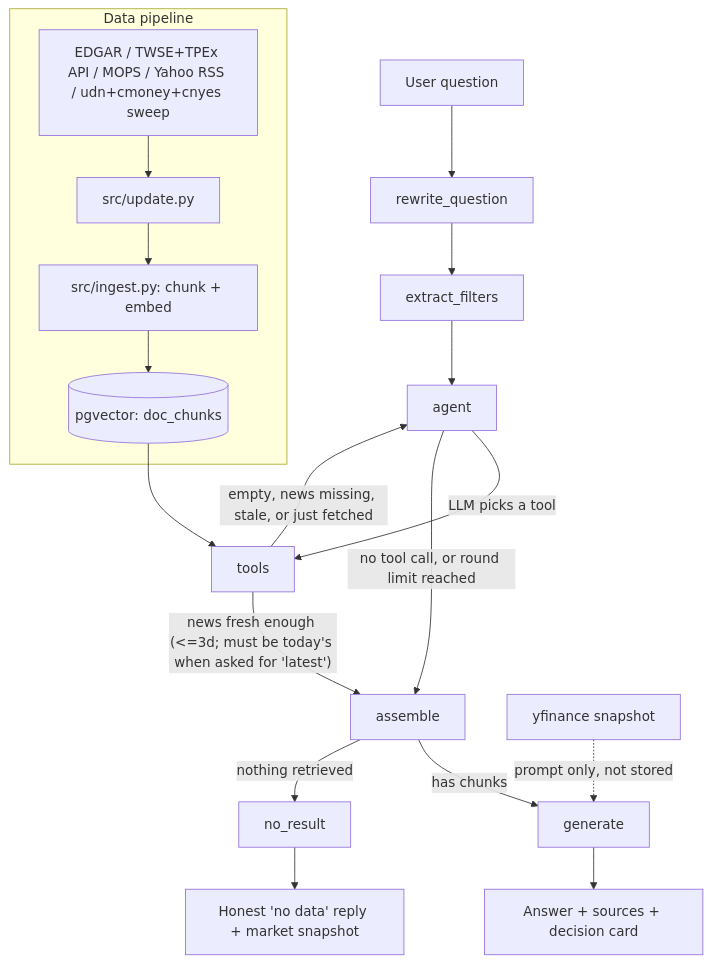
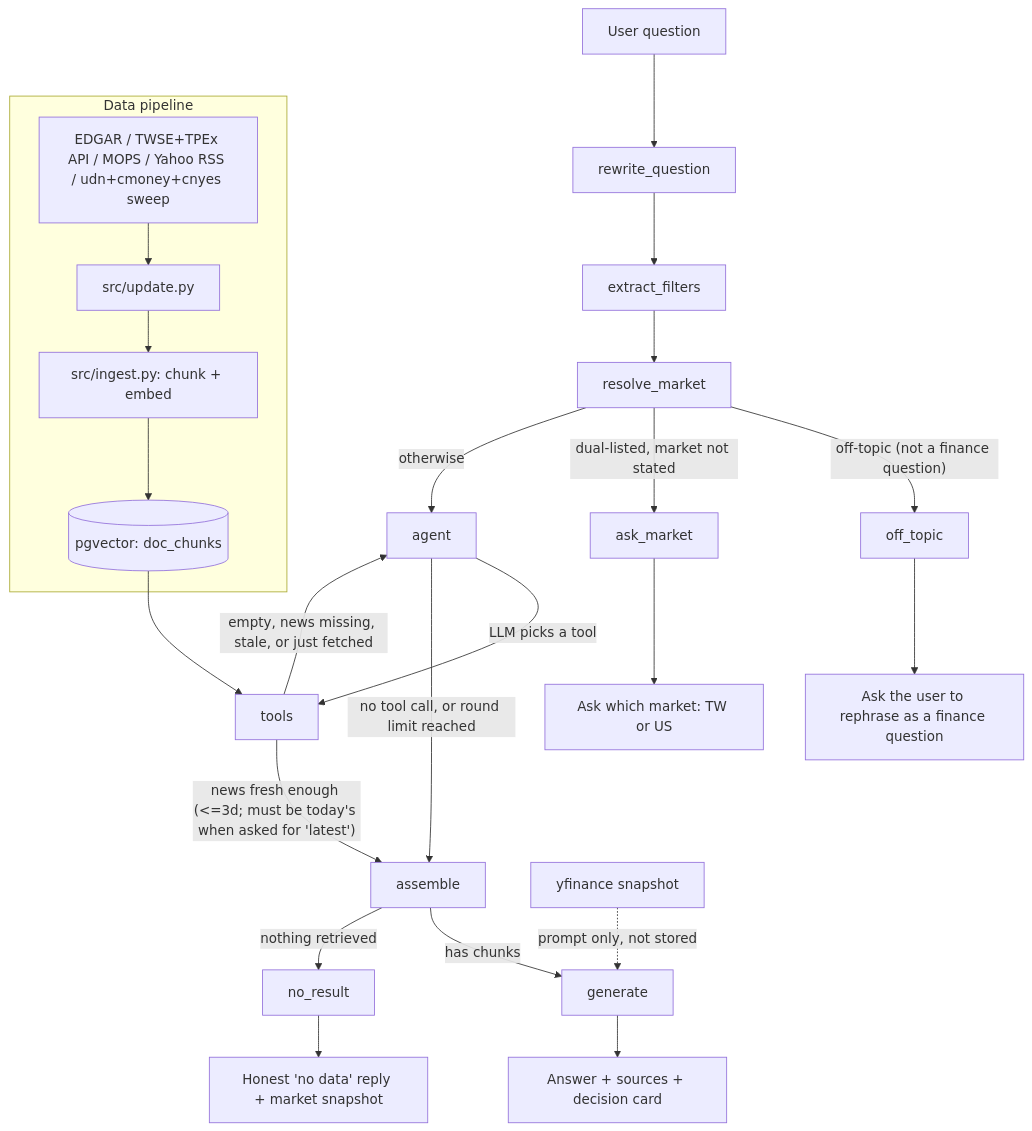
Before and after one commit to thelilywang/finance-ai-assistant: the first of 2 diagrams in README.md, drawn with Mermaid. The commit also changed other lines of this file and 2 other files, not shown here.

Commit message:
docs: regenerate the architecture diagrams from the compiled graph
The six mermaid blocks still showed extract_filters feeding straight
into agent. resolve_market and ask_market had been missing since the
dual-listing work, and off_topic is new.

All six are rebuilt from build_graph().get_graph().draw_mermaid() so the
node and edge sets match the code rather than an earlier sketch. The
one-line node flow strings and the node tables are updated to match.

````diff
--- a/README.md
+++ b/README.md
@@ -66,22 +66,27 @@
 ```mermaid
 flowchart TD
     U[User question] --> RW[rewrite_question]
     RW --> EF[extract_filters]
-    EF --> AG[agent]
+    EF --> RM[resolve_market]
+    RM -->|"off-topic (not a finance question)"| OT[off_topic]
+    RM -->|"dual-listed, market not stated"| AM[ask_market]
+    RM -->|otherwise| AG[agent]
     AG -->|LLM picks a tool| TL[tools]
     AG -->|no tool call, or round limit reached| AS[assemble]
     TL -->|"news fresh enough (<=3d; must be today's when asked for 'latest')"| AS
     TL -->|"empty, news missing, stale, or just fetched"| AG
     AS -->|has chunks| GEN[generate]
     AS -->|nothing retrieved| NR[no_result]
     GEN --> A[Answer + sources + decision card]
     NR --> B["Honest 'no data' reply + market snapshot"]
+    OT --> C[Ask the user to rephrase as a finance question]
+    AM --> D[Ask which market: TW or US]
 
     subgraph Data pipeline
         SRC[EDGAR / TWSE+TPEx API / MOPS / Yahoo RSS / udn+cmoney+cnyes sweep] --> UP[src/update.py]
         UP --> ING[src/ingest.py: chunk + embed]
         ING --> PG[(pgvector: doc_chunks)]
     end
     PG --> TL
     YF[yfinance snapshot] -.prompt only, not stored.-> GEN
 ```
````
